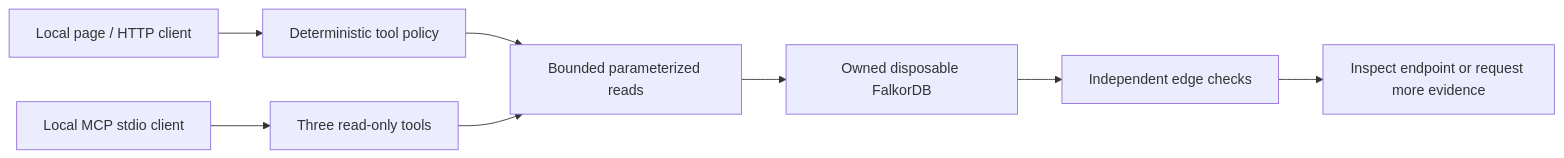
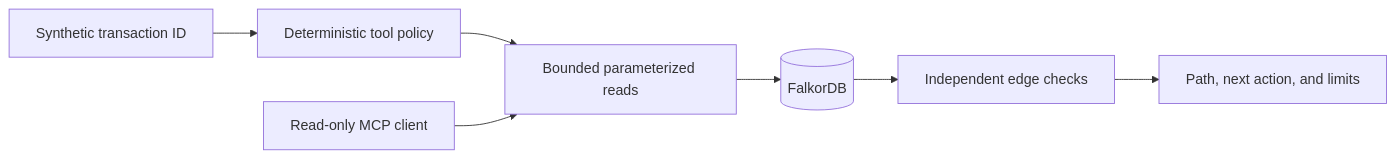
The diagram in README.md (Meet547/Vesper), drawn with Mermaid before and after one commit. The commit also changed other lines of this file and 37 other files, not shown here.

````diff
--- a/README.md
+++ b/README.md
@@ -13,10 +65,9 @@
 ```mermaid
 flowchart LR
-    UI[Local page / HTTP client] --> Policy[Deterministic tool policy]
+    Input[Synthetic transaction ID] --> Policy[Deterministic tool policy]
     Policy --> Reads[Bounded parameterized reads]
-    MCP[Local MCP stdio client] --> Tools[Three read-only tools]
-    Tools --> Reads
-    Reads --> DB[Owned disposable FalkorDB]
+    MCP[Read-only MCP client] --> Reads
+    Reads --> DB[(FalkorDB)]
     DB --> Checks[Independent edge checks]
-    Checks --> Action[Inspect endpoint or request more evidence]
+    Checks --> Result[Path, next action, and limits]
 ```
````
